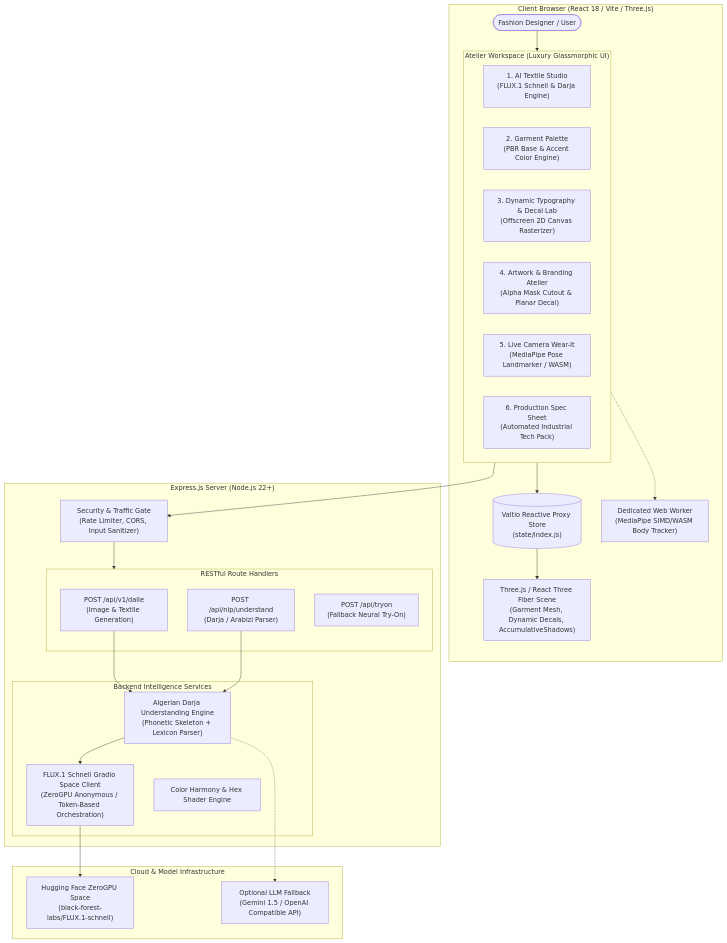
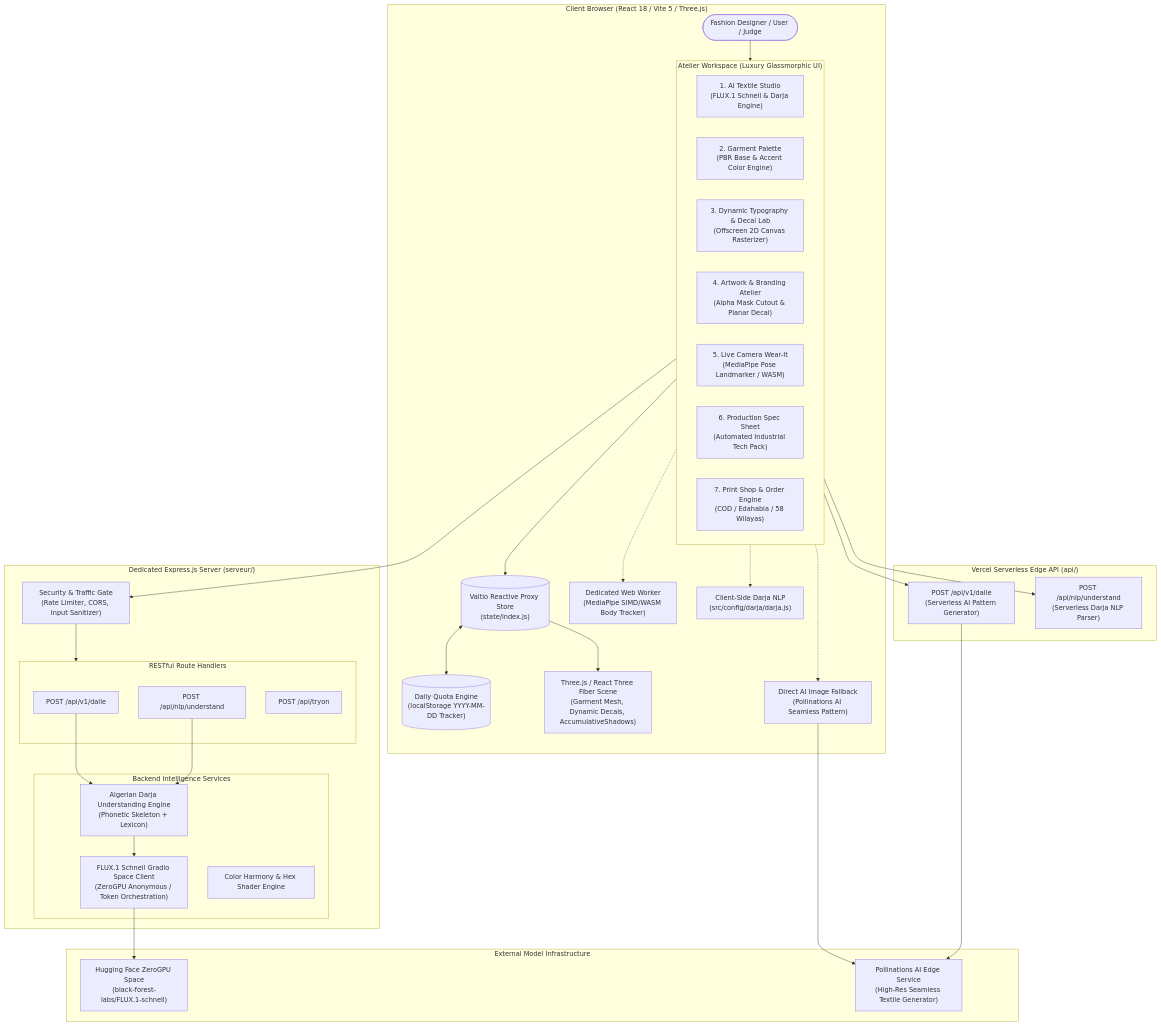
The first of 2 diagrams in ARCHITECTURE.md (fouad3966/Thirduni---Designili), drawn with Mermaid before and after one commit. The commit also changed other lines of this file and 1 other file, not shown here.

Commit message:
docs: enhance README and ARCHITECTURE with complete system specs, dual runtime, and commercial engine

````diff
--- a/ARCHITECTURE.md
+++ b/ARCHITECTURE.md
@@ -16,55 +22,74 @@
 ```mermaid
 flowchart TB
-    subgraph Client["Client Browser (React 18 / Vite / Three.js)"]
-        User([Fashion Designer / User])
+    subgraph Client["Client Browser (React 18 / Vite 5 / Three.js)"]
+        User([Fashion Designer / User / Judge])
         
         subgraph StudioUI["Atelier Workspace (Luxury Glassmorphic UI)"]
             TabAI["1. AI Textile Studio\n(FLUX.1 Schnell & Darja Engine)"]
             TabColor["2. Garment Palette\n(PBR Base & Accent Color Engine)"]
             TabDecal["3. Dynamic Typography & Decal Lab\n(Offscreen 2D Canvas Rasterizer)"]
             TabFile["4. Artwork & Branding Atelier\n(Alpha Mask Cutout & Planar Decal)"]
             TabWear["5. Live Camera Wear-It\n(MediaPipe Pose Landmarker / WASM)"]
             TabSpec["6. Production Spec Sheet\n(Automated Industrial Tech Pack)"]
+            TabPrint["7. Print Shop & Order Engine\n(COD / Edahabia / 58 Wilayas)"]
         end
 
         ValtioStore[("Valtio Reactive Proxy Store\n(state/index.js)")]
+        DailyQuota[("Daily Quota Engine\n(localStorage YYYY-MM-DD Tracker)")]
         ThreeCanvas["Three.js / React Three Fiber Scene\n(Garment Mesh, Dynamic Decals, AccumulativeShadows)"]
         PoseWorker["Dedicated Web Worker\n(MediaPipe SIMD/WASM Body Tracker)"]
+        ClientDarja["Client-Side Darja NLP\n(src/config/darja/darja.js)"]
+        ClientFallback["Direct AI Image Fallback\n(Pollinations AI Seamless Pattern)"]
     end
 
-    subgraph Server["Express.js Server (Node.js 22+)"]
+    subgraph ServerlessCloud["Vercel Serverless Edge API (api/)"]
+        VercelDalle["POST /api/v1/dalle\n(Serverless AI Pattern Generator)"]
+        VercelNLP["POST /api/nlp/understand\n(Serverless Darja NLP Parser)"]
+    end
+
+    subgraph DedicatedServer["Dedicated Express.js Server (serveur/)"]
         SecMiddleware["Security & Traffic Gate\n(Rate Limiter, CORS, Input Sanitizer)"]
         
         subgraph ApiRoutes["RESTful Route Handlers"]
-            RouteDalle["POST /api/v1/dalle\n(Image & Textile Generation)"]
-            RouteNLP["POST /api/nlp/understand\n(Darja / Arabizi Parser)"]
-            RouteTryon["POST /api/tryon\n(Fallback Neural Try-On)"]
+            RouteDalle["POST /api/v1/dalle"]
+            RouteNLP["POST /api/nlp/understand"]
+            RouteTryon["POST /api/tryon"]
         end
 
         subgraph CoreServices["Backend Intelligence Services"]
-            DarjaEngine["Algerian Darja Understanding Engine\n(Phonetic Skeleton + Lexicon Parser)"]
-            HuggingFaceClient["FLUX.1 Schnell Gradio Space Client\n(ZeroGPU Anonymous / Token-Based Orchestration)"]
+            DarjaEngine["Algerian Darja Understanding Engine\n(Phonetic Skeleton + Lexicon)"]
+            HuggingFaceClient["FLUX.1 Schnell Gradio Space Client\n(ZeroGPU Anonymous / Token Orchestration)"]
             PaletteEngine["Color Harmony & Hex Shader Engine"]
         end
     end
 
-    subgraph ExternalCloud["Cloud & Model Infrastructure"]
+    subgraph ExternalCloud["External Model Infrastructure"]
         HF_Space["Hugging Face ZeroGPU Space\n(black-forest-labs/FLUX.1-schnell)"]
-        LLM_Optional["Optional LLM Fallback\n(Gemini 1.5 / OpenAI Compatible API)"]
+        PollinationsService["Pollinations AI Edge Service\n(High-Res Seamless Textile Generator)"]
     end
 
     %% User Interactions
     User --> StudioUI
     StudioUI --> ValtioStore
+    ValtioStore <--> DailyQuota
     ValtioStore --> ThreeCanvas
     StudioUI -.-> PoseWorker
     
-    %% API Traffic
+    %% Dual Execution Paths
+    StudioUI -.-> ClientDarja
+    StudioUI -.-> ClientFallback
+    ClientFallback --> PollinationsService
+    
+    %% Vercel Serverless
+    StudioUI --> VercelDalle
+    StudioUI --> VercelNLP
+    VercelDalle --> PollinationsService
+    
+    %% Dedicated Express Server
     StudioUI --> SecMiddleware
     SecMiddleware --> ApiRoutes
     RouteDalle --> DarjaEngine
     DarjaEngine --> HuggingFaceClient
-    DarjaEngine -.-> LLM_Optional
     HuggingFaceClient --> HF_Space
     RouteNLP --> DarjaEngine
 ```
````
